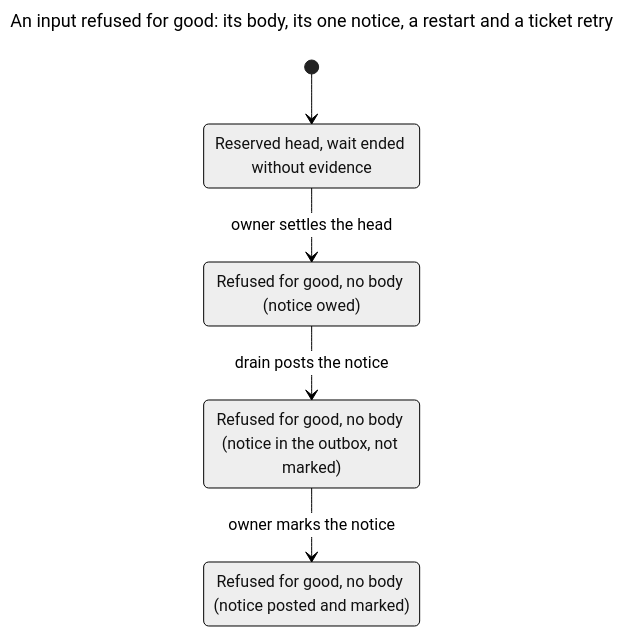
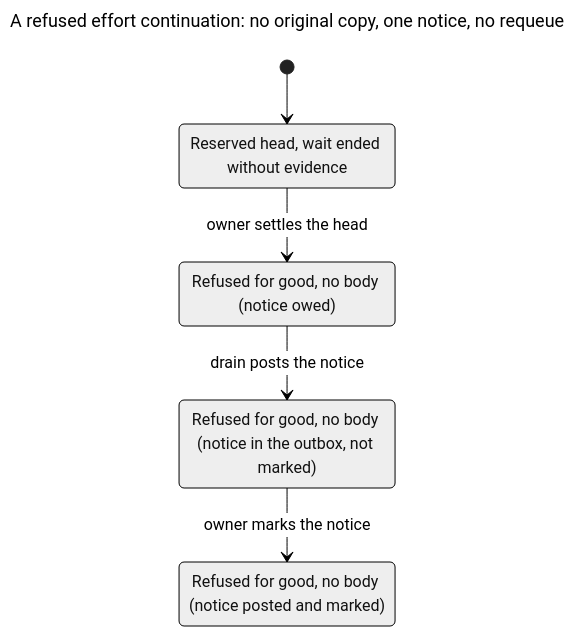
The diagram in docs/statecharts/input-single-path/refused-disposition.fixed.chart.mmd (itismyfield/AgentDesk), drawn with Mermaid (neutral theme) before and after one commit. The commit also changed 10 other files, not shown here.

First line of the commit message:
docs: model refused effort continuation copies

```diff
--- a/docs/statecharts/input-single-path/refused-disposition.fixed.chart.mmd
+++ b/docs/statecharts/input-single-path/refused-disposition.fixed.chart.mmd
@@ -1,12 +1,12 @@
 ---
-title: "An input refused for good: its body, its one notice, a restart and a ticket retry"
+title: "A refused effort continuation: no original copy, one notice, no requeue"
 ---
 stateDiagram-v2
   s0: Reserved head, wait ended without evidence
   s1: Refused for good, no body (notice owed)
   s2: Refused for good, no body (notice in the outbox, not marked)
   s3: Refused for good, no body (notice posted and marked)
   [*] --> s0
   s0 --> s1: owner settles the head
   s1 --> s2: drain posts the notice
   s2 --> s3: owner marks the notice
```
